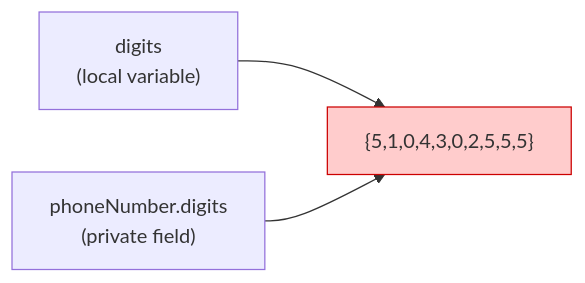
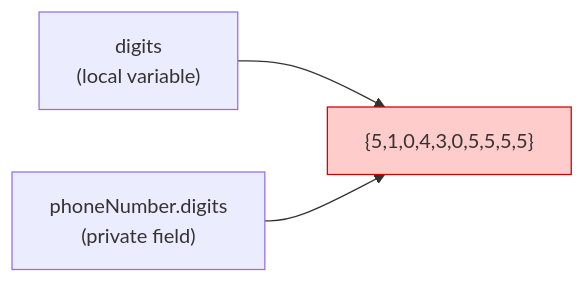
One commit to neu-pdi/cs3100-public-resources changed the first of 4 diagrams in lecture-slides/l6-immutability-abstraction.mdx. Above: the diagram before and after it, drawn with Mermaid. The commit also changed other lines of this file, not shown here.

````diff
--- a/lecture-slides/l6-immutability-abstraction.mdx
+++ b/lecture-slides/l6-immutability-abstraction.mdx
@@ -1240,11 +1240,11 @@
 ```mermaid
 flowchart LR
     digits["digits<br/>(local variable)"]
     field["phoneNumber.digits<br/>(private field)"]
-    array["{5,1,0,4,3,0,2,5,5,5}"]
+    array["{5,1,0,4,3,0,5,5,5,5}"]
 
     digits --> array
     field --> array
 
     style array fill:#ffcccc,stroke:#c00
 ```
````
